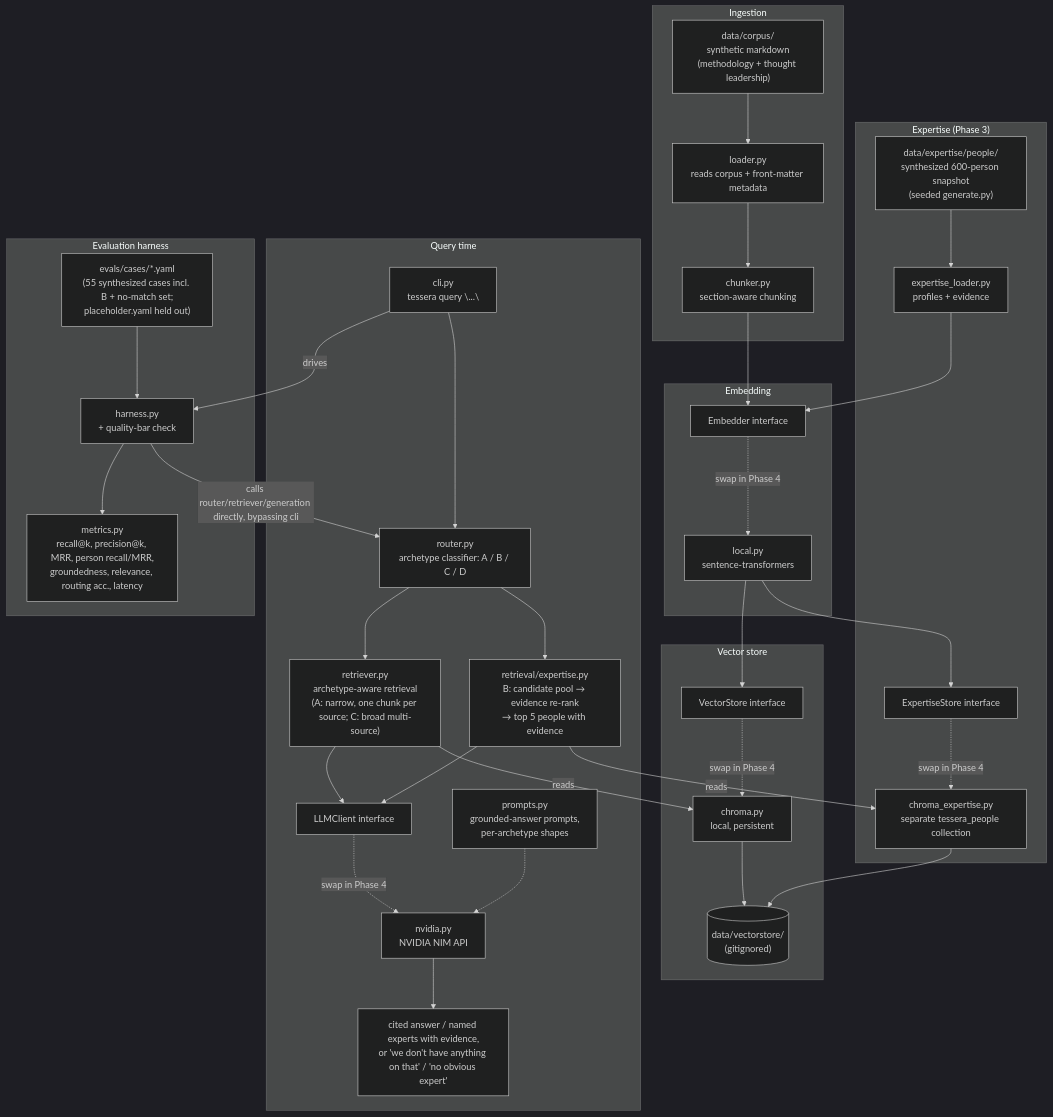
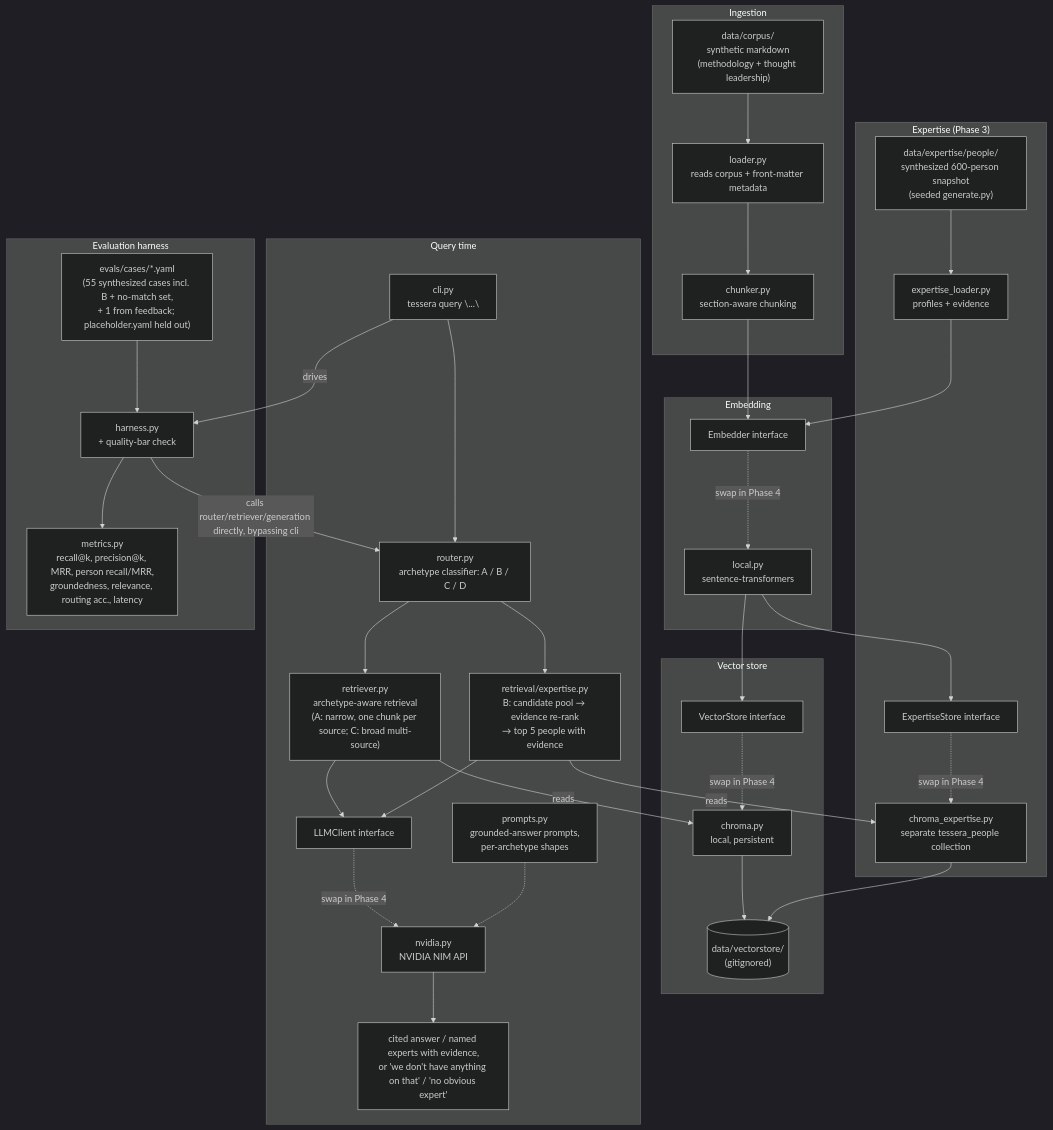
One commit to ChiragVenkateshaiah/tessera changed the diagram in README.md. Above: the diagram before and after it, drawn with Mermaid (dark theme). The commit also changed other lines of this file and 18 other files, not shown here.

````diff
--- a/README.md
+++ b/README.md
@@ -49,68 +49,68 @@
 ```mermaid
 flowchart TB
     subgraph ingest["Ingestion"]
         corpus["data/corpus/<br/>synthetic markdown<br/>(methodology + thought leadership)"]
         loader["loader.py<br/>reads corpus + front-matter metadata"]
         chunker["chunker.py<br/>section-aware chunking"]
         corpus --> loader --> chunker
     end
 
     subgraph embed["Embedding"]
         embedIface["Embedder interface"]
         embedImpl["local.py<br/>sentence-transformers"]
         embedIface -.swap in Phase 4.-> embedImpl
     end
 
     subgraph store["Vector store"]
         storeIface["VectorStore interface"]
         storeImpl["chroma.py<br/>local, persistent"]
         storeIface -.swap in Phase 4.-> storeImpl
         persisted[("data/vectorstore/<br/>(gitignored)")]
         storeImpl --> persisted
     end
 
     subgraph people["Expertise (Phase 3)"]
         peopleData["data/expertise/people/<br/>synthesized 600-person snapshot<br/>(seeded generate.py)"]
         peopleLoader["expertise_loader.py<br/>profiles + evidence"]
         peopleIface["ExpertiseStore interface"]
         peopleImpl["chroma_expertise.py<br/>separate tessera_people collection"]
         peopleData --> peopleLoader
         peopleIface -.swap in Phase 4.-> peopleImpl
         peopleImpl --> persisted
     end
 
     chunker --> embedIface
     embedImpl --> storeIface
     peopleLoader --> embedIface
     embedImpl --> peopleIface
 
     subgraph query["Query time"]
         cli["cli.py<br/>tessera query \"...\""]
         router["router.py<br/>archetype classifier: A / B / C / D"]
         retriever["retriever.py<br/>archetype-aware retrieval<br/>(A: narrow, one chunk per source; C: broad multi-source)"]
         experts["retrieval/expertise.py<br/>B: candidate pool → evidence re-rank<br/>→ top 5 people with evidence"]
         genIface["LLMClient interface"]
         genImpl["nvidia.py<br/>NVIDIA NIM API"]
         prompts["prompts.py<br/>grounded-answer prompts,<br/>per-archetype shapes"]
         cli --> router --> retriever
         router --> experts
         retriever -->|reads| storeImpl
         experts -->|reads| peopleImpl
         retriever --> genIface
         experts --> genIface
         genIface -.swap in Phase 4.-> genImpl
         prompts -.-> genImpl
         genImpl --> answer["cited answer / named experts with evidence,<br/>or 'we don't have anything on that' / 'no obvious expert'"]
     end
 
     subgraph evalh["Evaluation harness"]
-        cases["evals/cases/*.yaml<br/>(55 synthesized cases incl. B + no-match set;<br/>placeholder.yaml held out)"]
+        cases["evals/cases/*.yaml<br/>(55 synthesized cases incl. B + no-match set,<br/>+ 1 from feedback; placeholder.yaml held out)"]
         harness["harness.py<br/>+ quality-bar check"]
         metrics["metrics.py<br/>recall@k, precision@k, MRR, person recall/MRR,<br/>groundedness, relevance, routing acc., latency"]
         cases --> harness
         harness -->|calls router/retriever/generation directly, bypassing cli| router
         harness --> metrics
     end
 
     cli -->|drives| harness
 ```
````
